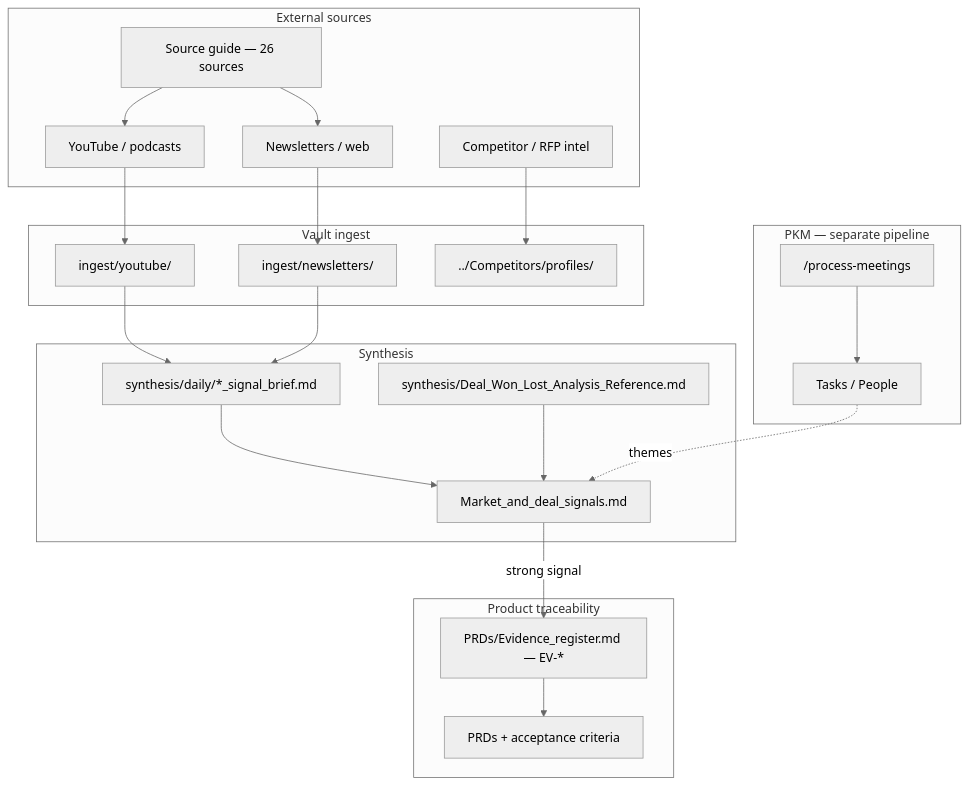
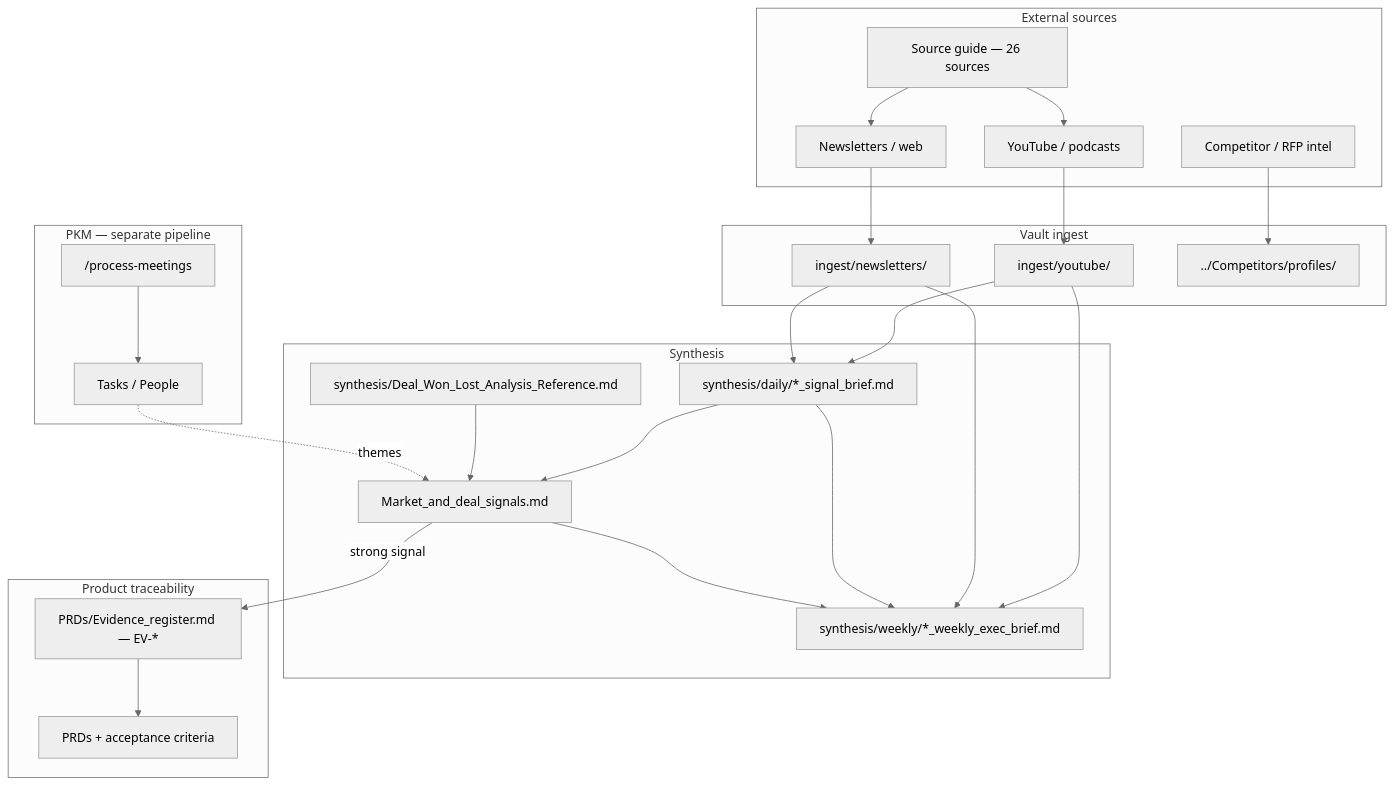
One commit to shaunstruwig007/Dex changed the diagram in 06-Resources/Market_intelligence/ARCHITECTURE.md. Above: the diagram before and after it, drawn with Mermaid. The commit also changed other lines of this file and 172 other files, not shown here.

````diff
--- a/06-Resources/Market_intelligence/ARCHITECTURE.md
+++ b/06-Resources/Market_intelligence/ARCHITECTURE.md
@@ -9,47 +9,52 @@
 ```mermaid
 %%{init: {'theme': 'neutral'}}%%
 flowchart TB
   subgraph sources["External sources"]
     S1[Source guide — 26 sources]
     S2[YouTube / podcasts]
     S3[Newsletters / web]
     S4[Competitor / RFP intel]
   end
 
   subgraph ingest["Vault ingest"]
     I1["ingest/youtube/"]
     I2["ingest/newsletters/"]
     I3["../Competitors/profiles/"]
   end
 
   subgraph synth["Synthesis"]
     B["synthesis/daily/*_signal_brief.md"]
+    W["synthesis/weekly/*_weekly_exec_brief.md"]
     D["synthesis/Deal_Won_Lost_Analysis_Reference.md"]
     L["Market_and_deal_signals.md"]
   end
 
   subgraph product["Product traceability"]
     E["PRDs/Evidence_register.md — EV-*"]
     P["PRDs + acceptance criteria"]
   end
 
   subgraph pkm["PKM — separate pipeline"]
     PM["/process-meetings"]
     T["Tasks / People"]
   end
 
   S1 --> S2
   S1 --> S3
   S2 --> I1
   S3 --> I2
   S4 --> I3
   I1 --> B
   I2 --> B
+  I1 --> W
+  I2 --> W
+  B --> W
   B --> L
+  L --> W
   D --> L
   L -->|"strong signal"| E
   E --> P
 
   PM --> T
   T -.->|"themes"| L
 ```
````
